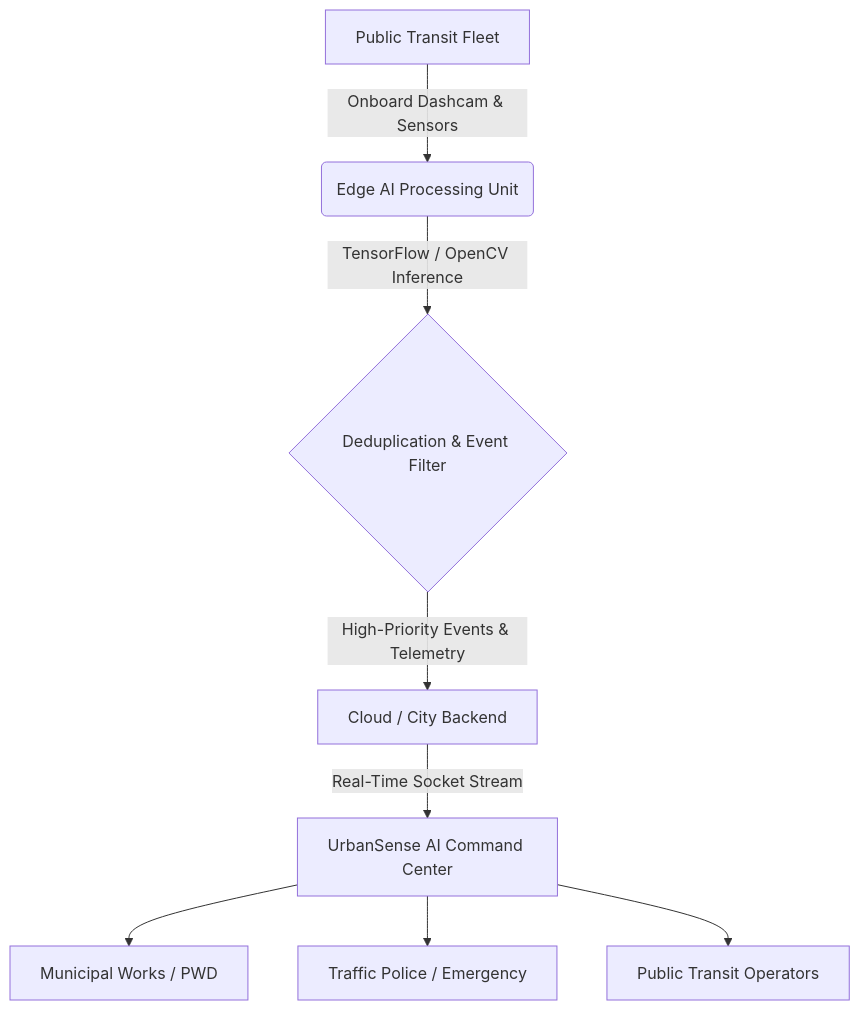
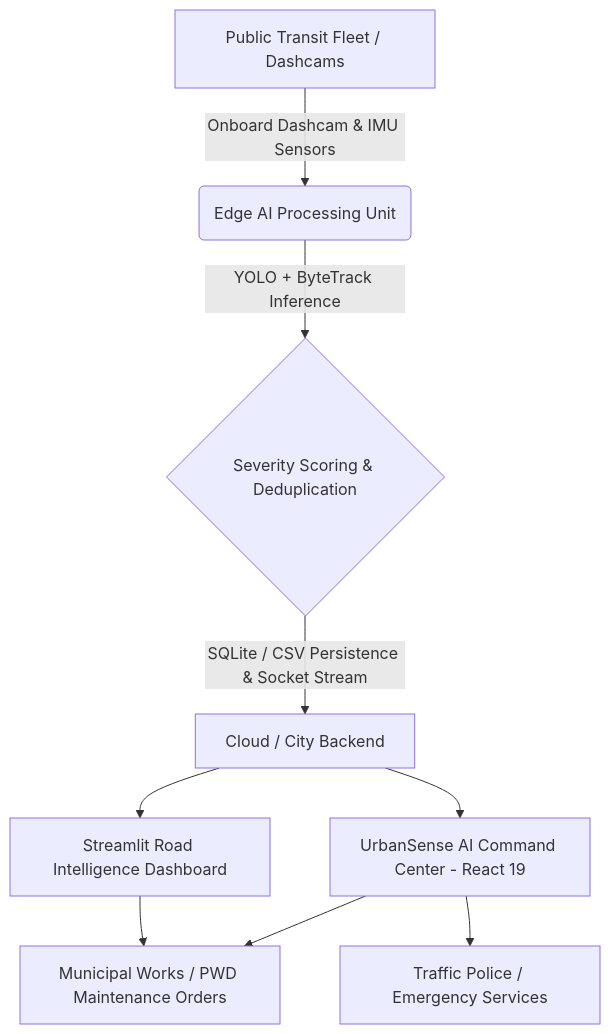
The second of 2 diagrams in README.md (prathameshmowade/urbansense-ai), drawn with Mermaid before and after one commit. The commit also changed other lines of this file and 7 other files, not shown here.

Commit message:
feat(edge): add AI-based road condition analysis engine, YOLO11, ByteTrack, and Streamlit dashboard

````diff
--- a/README.md
+++ b/README.md
@@ -27,10 +47,10 @@
 ```mermaid
 graph TD
-    A[Public Transit Fleet] -->|Onboard Dashcam & Sensors| B(Edge AI Processing Unit)
-    B -->|TensorFlow / OpenCV Inference| C{Deduplication & Event Filter}
-    C -->|High-Priority Events & Telemetry| D[Cloud / City Backend]
-    D -->|Real-Time Socket Stream| E[UrbanSense AI Command Center]
-    E --> F[Municipal Works / PWD]
-    E --> G[Traffic Police / Emergency]
-    E --> H[Public Transit Operators]
+    A[Public Transit Fleet / Dashcams] -->|Onboard Dashcam & IMU Sensors| B(Edge AI Processing Unit)
+    B -->|YOLO + ByteTrack Inference| C{Severity Scoring & Deduplication}
+    C -->|SQLite / CSV Persistence & Socket Stream| D[Cloud / City Backend]
+    D --> E[UrbanSense AI Command Center - React 19]
+    D --> F[Streamlit Road Intelligence Dashboard]
+    E & F --> G[Municipal Works / PWD Maintenance Orders]
+    E --> H[Traffic Police / Emergency Services]
 ```
````
